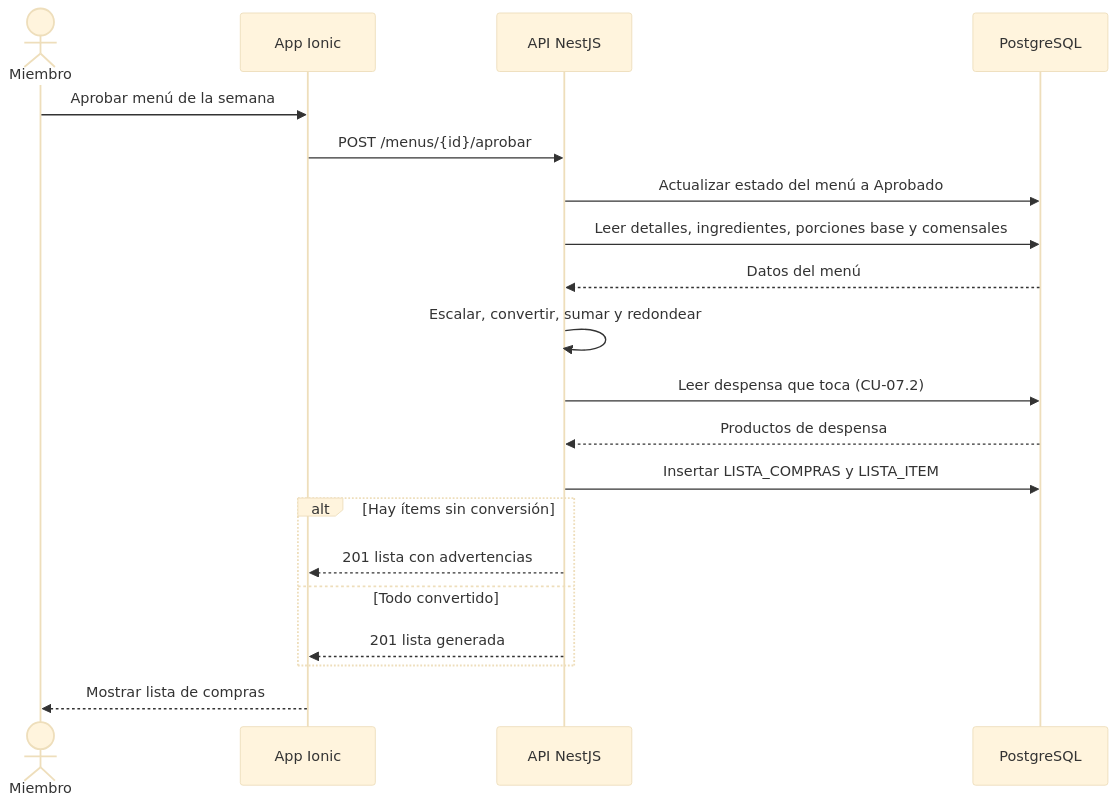
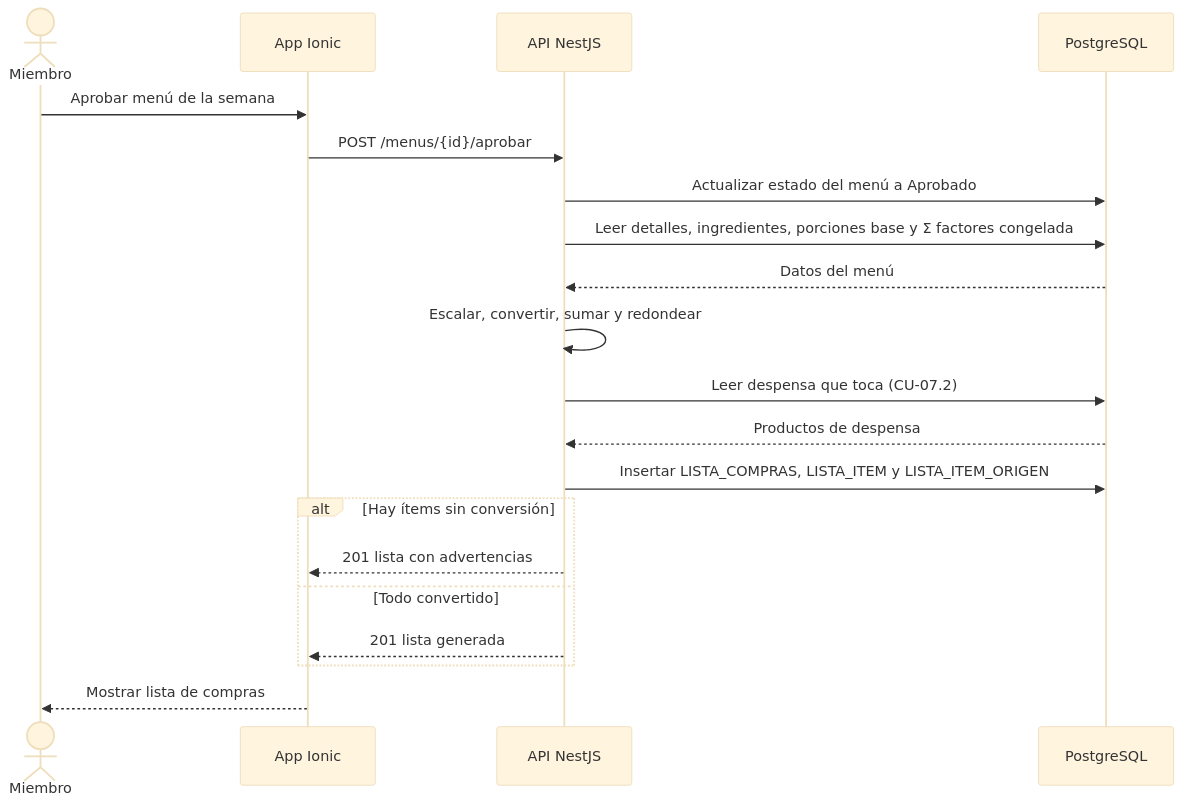
Before and after one commit to devrenerosales/App_Comidas: the third of 15 diagrams in docs/01-requerimientos/historias/M07-lista-compras.md, drawn with Mermaid (base theme). The commit also changed other lines of this file and 11 other files, not shown here.

````diff
--- a/docs/01-requerimientos/historias/M07-lista-compras.md
+++ b/docs/01-requerimientos/historias/M07-lista-compras.md
@@ -87,22 +98,22 @@
 ```mermaid
 sequenceDiagram
   actor U as Miembro
   participant APP as App Ionic
   participant API as API NestJS
   participant DB as PostgreSQL
   U->>APP: Aprobar menú de la semana
   APP->>API: POST /menus/{id}/aprobar
   API->>DB: Actualizar estado del menú a Aprobado
-  API->>DB: Leer detalles, ingredientes, porciones base y comensales
+  API->>DB: Leer detalles, ingredientes, porciones base y Σ factores congelada
   DB-->>API: Datos del menú
   API->>API: Escalar, convertir, sumar y redondear
   API->>DB: Leer despensa que toca (CU-07.2)
   DB-->>API: Productos de despensa
-  API->>DB: Insertar LISTA_COMPRAS y LISTA_ITEM
+  API->>DB: Insertar LISTA_COMPRAS, LISTA_ITEM y LISTA_ITEM_ORIGEN
   alt Hay ítems sin conversión
     API-->>APP: 201 lista con advertencias
   else Todo convertido
     API-->>APP: 201 lista generada
   end
   APP-->>U: Mostrar lista de compras
 ```
````
